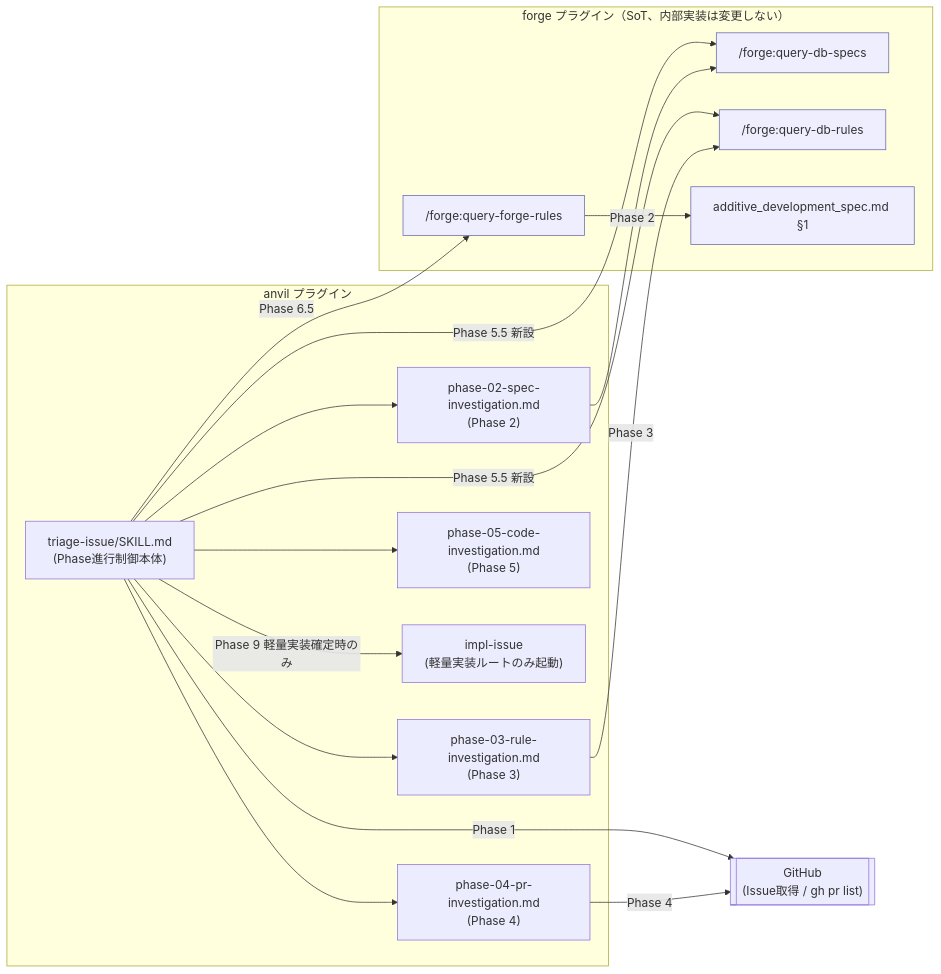
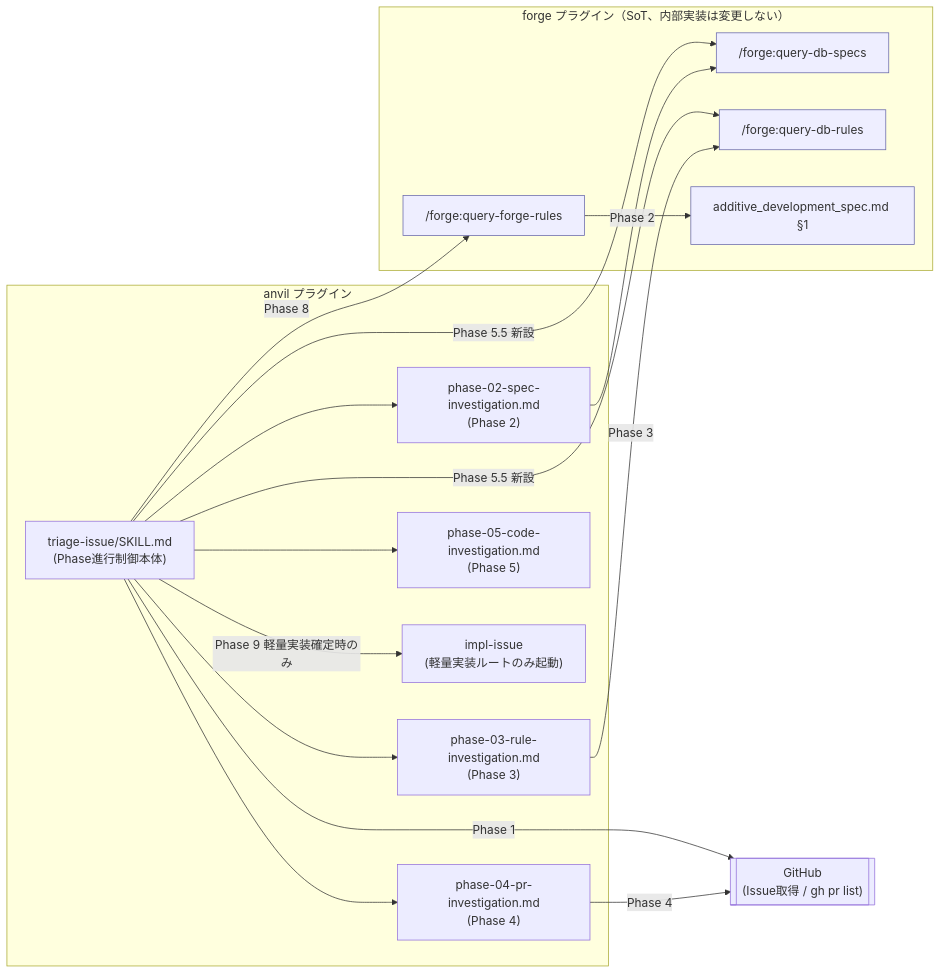
The second of 2 diagrams in docs/specs/anvil/triage-flow/design/DES-038_dev_flow_triage_design.md (BlueEventHorizon/bw-cc-plugins), drawn with Mermaid before and after one commit. The commit also changed other lines of this file and 2 other files, not shown here.

````diff
--- a/docs/specs/anvil/triage-flow/design/DES-038_dev_flow_triage_design.md
+++ b/docs/specs/anvil/triage-flow/design/DES-038_dev_flow_triage_design.md
@@ -157,35 +149,35 @@
 ```mermaid
 flowchart LR
     subgraph anvil["anvil プラグイン"]
         SKILL["triage-issue/SKILL.md<br/>(Phase進行制御本体)"]
         P02["phase-02-spec-investigation.md<br/>(Phase 2)"]
         P03["phase-03-rule-investigation.md<br/>(Phase 3)"]
         P04["phase-04-pr-investigation.md<br/>(Phase 4)"]
         P05["phase-05-code-investigation.md<br/>(Phase 5)"]
         IMPL["impl-issue<br/>(軽量実装ルートのみ起動)"]
     end
     subgraph forge["forge プラグイン（SoT、内部実装は変更しない）"]
         QFR["/forge:query-forge-rules"]
         QDS["/forge:query-db-specs"]
         QDR["/forge:query-db-rules"]
         ADS["additive_development_spec.md §1"]
     end
     GH[["GitHub<br/>(Issue取得 / gh pr list)"]]
 
     SKILL --> P02
     SKILL --> P03
     SKILL --> P04
     SKILL --> P05
-    SKILL -->|Phase 6.5| QFR
+    SKILL -->|Phase 8| QFR
     SKILL -->|Phase 5.5 新設| QDS
     SKILL -->|Phase 5.5 新設| QDR
     SKILL -->|Phase 1| GH
     SKILL -->|Phase 9 軽量実装確定時のみ| IMPL
     P02 -->|Phase 2| QDS
     P03 -->|Phase 3| QDR
     P04 -->|Phase 4| GH
     QFR --> ADS
 
     classDef forgeNode fill:#eef,stroke:#66a
     class QFR,QDS,QDR,ADS forgeNode
 ```
````
